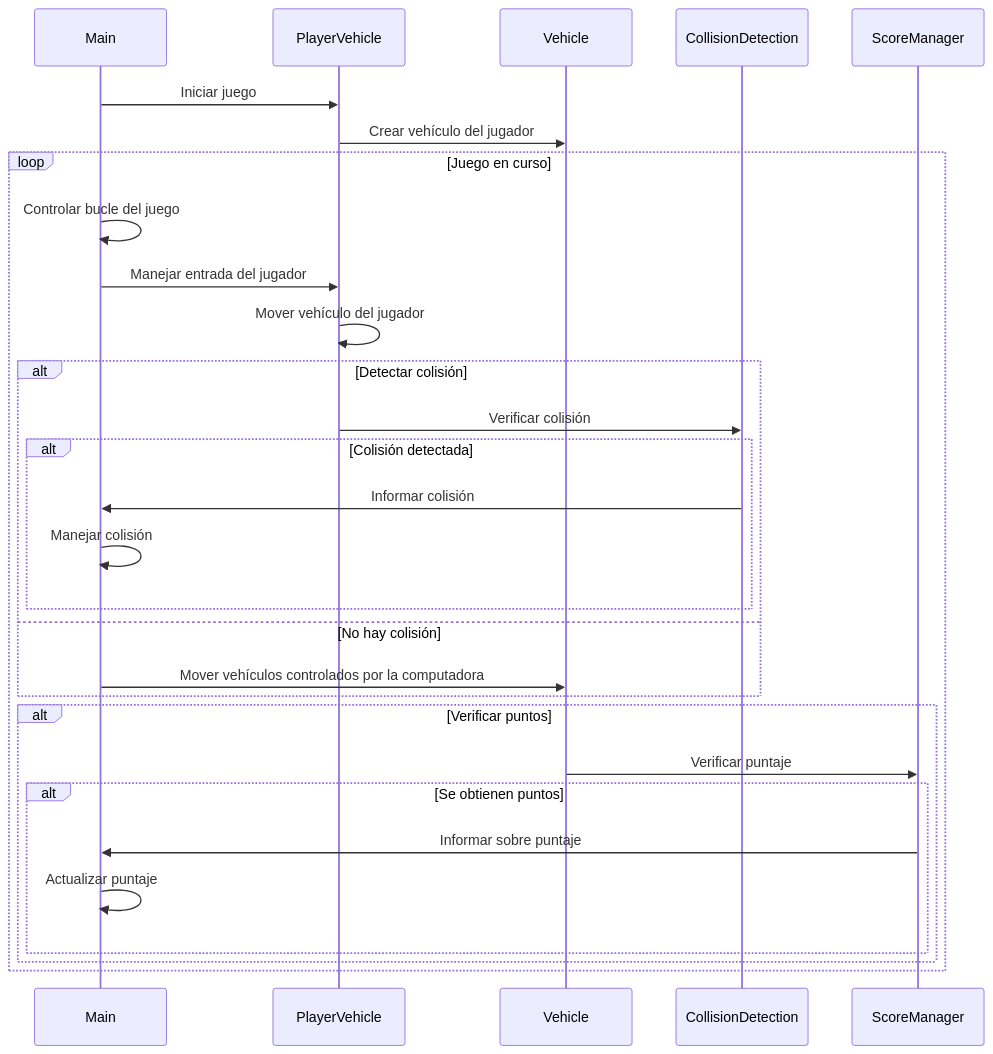
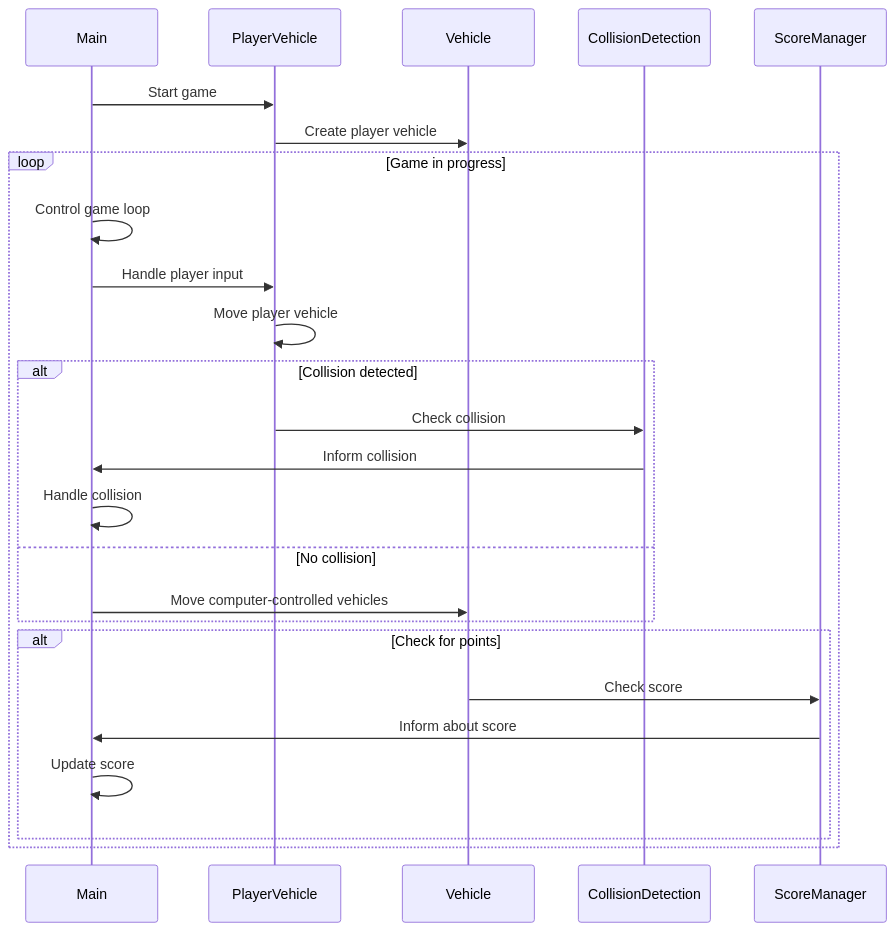
Before and after one commit to jony24a/python-car-game-main: the second of 4 diagrams in README.md, drawn with Mermaid. The commit also changed other lines of this file, not shown here.

````diff
--- a/README.md
+++ b/README.md
@@ -24,34 +24,30 @@
 ```mermaid
 sequenceDiagram
     participant Main
     participant PlayerVehicle
     participant Vehicle
     participant CollisionDetection
     participant ScoreManager
 
-    Main ->> PlayerVehicle: Iniciar juego
-    PlayerVehicle ->> Vehicle: Crear vehículo del jugador
-    loop Juego en curso
-        Main ->> Main: Controlar bucle del juego
-        Main ->> PlayerVehicle: Manejar entrada del jugador
-        PlayerVehicle ->> PlayerVehicle: Mover vehículo del jugador
+    Main ->> PlayerVehicle: Start game
+    PlayerVehicle ->> Vehicle: Create player vehicle
+    loop Game in progress
+        Main ->> Main: Control game loop
+        Main ->> PlayerVehicle: Handle player input
+        PlayerVehicle ->> PlayerVehicle: Move player vehicle
 
-        alt Detectar colisión
-            PlayerVehicle ->> CollisionDetection: Verificar colisión
-            alt Colisión detectada
-                CollisionDetection ->> Main: Informar colisión
-                Main ->> Main: Manejar colisión
-            end
-        else No hay colisión
-            Main ->> Vehicle: Mover vehículos controlados por la computadora
+        alt Collision detected
+            PlayerVehicle ->> CollisionDetection: Check collision
+            CollisionDetection ->> Main: Inform collision
+            Main ->> Main: Handle collision
+        else No collision
+            Main ->> Vehicle: Move computer-controlled vehicles
         end
 
-        alt Verificar puntos
-            Vehicle ->> ScoreManager: Verificar puntaje
-            alt Se obtienen puntos
-                ScoreManager ->> Main: Informar sobre puntaje
-                Main ->> Main: Actualizar puntaje
-            end
+        alt Check for points
+            Vehicle ->> ScoreManager: Check score
+            ScoreManager ->> Main: Inform about score
+            Main ->> Main: Update score
         end
     end
 ```
````
